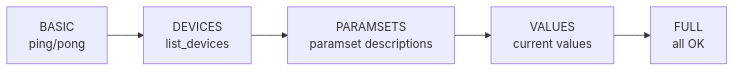
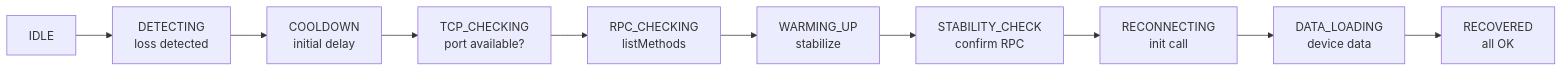
Diagram 15 of 17 in docs/architecture/sequence_diagrams.md (SukramJ/aiohomematic), drawn with Mermaid before and after one commit. The commit also changed other lines of this file and 17 other files, not shown here.

````diff
--- a/docs/architecture/sequence_diagrams.md
+++ b/docs/architecture/sequence_diagrams.md
@@ -1214,10 +1219,15 @@
 ```mermaid
 flowchart LR
-    BASIC --> DEVICES --> PARAMSETS --> VALUES --> FULL
+    IDLE --> DETECTING --> COOLDOWN --> TCP --> RPC --> WARM --> STAB --> RECON --> DATA --> RECOVERED
 
-    BASIC[BASIC<br/>ping/pong]
-    DEVICES[DEVICES<br/>list_devices]
-    PARAMSETS[PARAMSETS<br/>paramset descriptions]
-    VALUES[VALUES<br/>current values]
-    FULL[FULL<br/>all OK]
+    IDLE[IDLE]
+    DETECTING[DETECTING<br/>loss detected]
+    COOLDOWN[COOLDOWN<br/>initial delay]
+    TCP[TCP_CHECKING<br/>port available?]
+    RPC[RPC_CHECKING<br/>listMethods]
+    WARM[WARMING_UP<br/>stabilize]
+    STAB[STABILITY_CHECK<br/>confirm RPC]
+    RECON[RECONNECTING<br/>init call]
+    DATA[DATA_LOADING<br/>device data]
+    RECOVERED[RECOVERED<br/>all OK]
 ```
````
